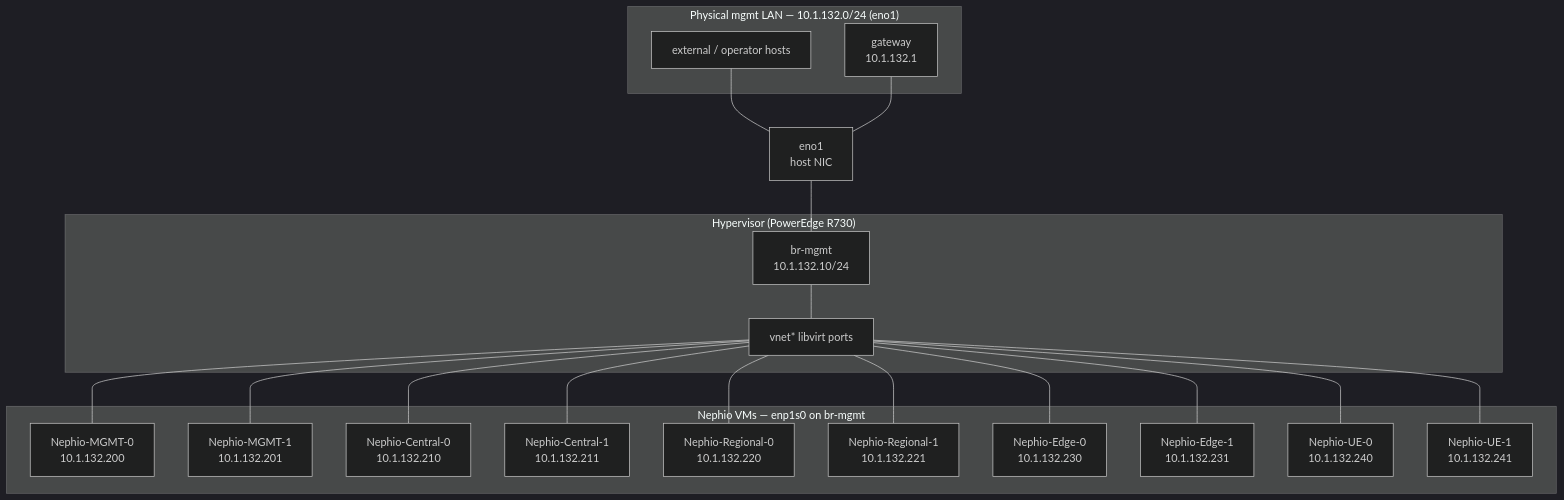
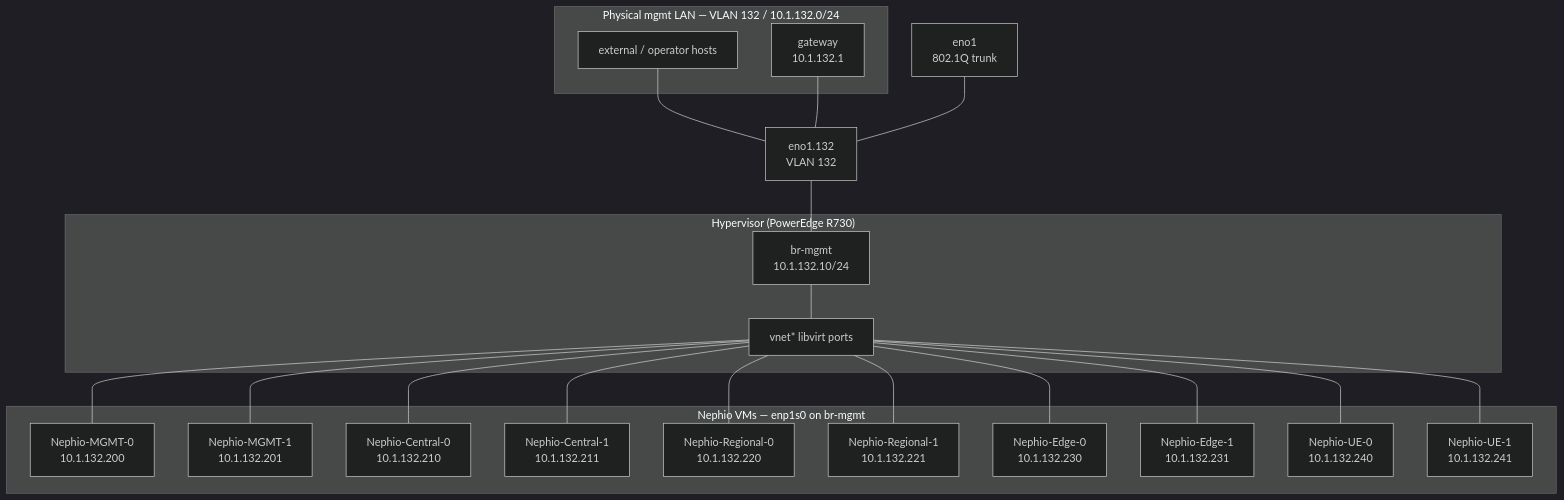
One commit to FCCLab/INA-Infra changed the diagram in nephio/docs/mgmt.md. Above: the diagram before and after it, drawn with Mermaid (dark theme). The commit also changed other lines of this file and 8 other files, not shown here.

````diff
--- a/nephio/docs/mgmt.md
+++ b/nephio/docs/mgmt.md
@@ -11,42 +11,44 @@
 ```mermaid
 flowchart TB
-  subgraph wire["Physical mgmt LAN — 10.1.132.0/24 (eno1)"]
+  subgraph wire["Physical mgmt LAN — VLAN 132 / 10.1.132.0/24"]
     GW["gateway<br/>10.1.132.1"]
     EXT["external / operator hosts"]
   end
 
-  eno1["eno1<br/>host NIC"]
+  eno1["eno1<br/>802.1Q trunk"]
+  v132["eno1.132<br/>VLAN 132"]
 
   subgraph host["Hypervisor (PowerEdge R730)"]
     br["br-mgmt<br/>10.1.132.10/24"]
     vnets["vnet* libvirt ports"]
   end
 
   subgraph vms["Nephio VMs — enp1s0 on br-mgmt"]
     MGMT0["Nephio-MGMT-0<br/>10.1.132.200"]
     MGMT1["Nephio-MGMT-1<br/>10.1.132.201"]
     CEN0["Nephio-Central-0<br/>10.1.132.210"]
     CEN1["Nephio-Central-1<br/>10.1.132.211"]
     REG0["Nephio-Regional-0<br/>10.1.132.220"]
     REG1["Nephio-Regional-1<br/>10.1.132.221"]
     EDG0["Nephio-Edge-0<br/>10.1.132.230"]
     EDG1["Nephio-Edge-1<br/>10.1.132.231"]
     UE0["Nephio-UE-0<br/>10.1.132.240"]
     UE1["Nephio-UE-1<br/>10.1.132.241"]
   end
 
-  EXT --- eno1
-  GW --- eno1
-  eno1 --- br
+  EXT --- v132
+  GW --- v132
+  eno1 --- v132
+  v132 --- br
   br --- vnets
   vnets --- MGMT0
   vnets --- MGMT1
   vnets --- CEN0
   vnets --- CEN1
   vnets --- REG0
   vnets --- REG1
   vnets --- EDG0
   vnets --- EDG1
   vnets --- UE0
   vnets --- UE1
 ```
````
